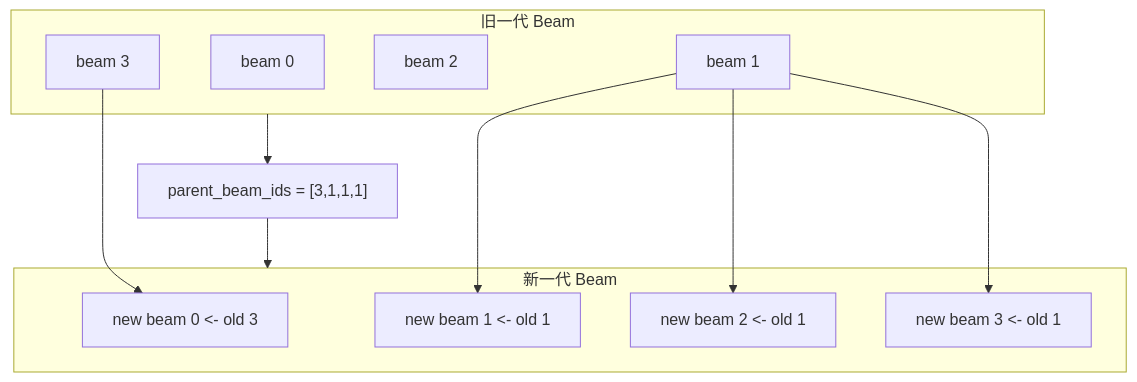
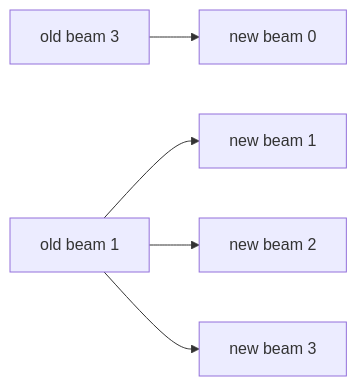
The ninth of 13 diagrams in GR/beam_incremental_decode_unified_architecture_design.md (zhanghanleo10/gr-related), drawn with Mermaid before and after one commit. The commit also changed other lines of this file, not shown here.

Commit message:
docs: make Beam incremental decode architecture vLLM-first

````diff
--- a/GR/beam_incremental_decode_unified_architecture_design.md
+++ b/GR/beam_incremental_decode_unified_architecture_design.md
@@ -976,24 +594,7 @@
 ```mermaid
-flowchart TB
-    subgraph OLD["旧一代 Beam"]
-        O0["beam 0"]
-        O1["beam 1"]
-        O2["beam 2"]
-        O3["beam 3"]
-    end
-
-    P["parent_beam_ids = [3,1,1,1]"]
-
-    subgraph NEW["新一代 Beam"]
-        N0["new beam 0 <- old 3"]
-        N1["new beam 1 <- old 1"]
-        N2["new beam 2 <- old 1"]
-        N3["new beam 3 <- old 1"]
-    end
-
-    O3 --> N0
-    O1 --> N1
-    O1 --> N2
-    O1 --> N3
-    OLD --> P --> NEW
+flowchart LR
+    O3["old beam 3"] --> N0["new beam 0"]
+    O1["old beam 1"] --> N1["new beam 1"]
+    O1 --> N2["new beam 2"]
+    O1 --> N3["new beam 3"]
 ```
````
